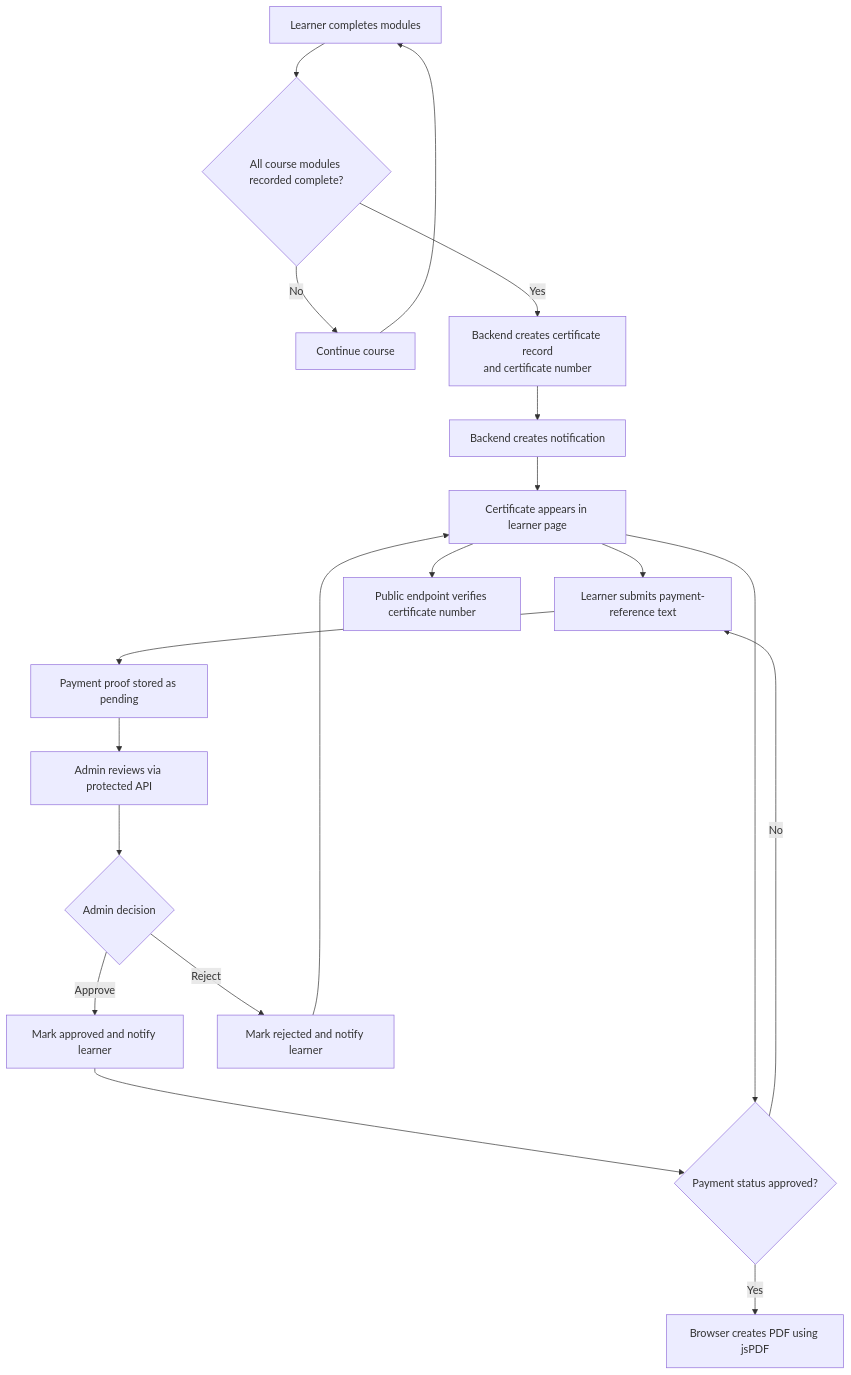
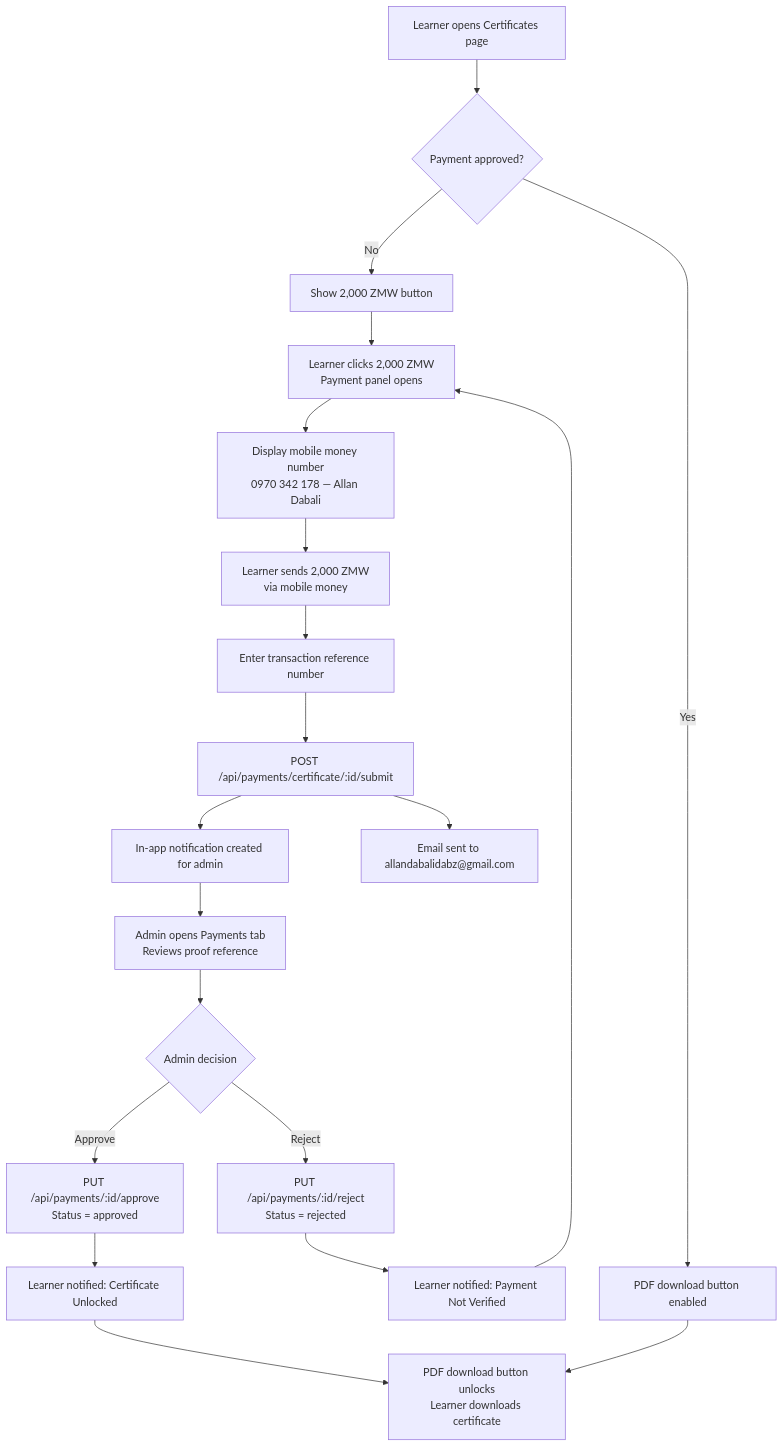
One commit to allandabalidabz-arch/Youth-skills-platform changed the seventh of 8 diagrams in docs/YouthSkills-Program-Diagrams.md. Above: the diagram before and after it, drawn with Mermaid. The commit also changed other lines of this file and 3 other files, not shown here.

````diff
--- a/docs/YouthSkills-Program-Diagrams.md
+++ b/docs/YouthSkills-Program-Diagrams.md
@@ -286,29 +307,31 @@
 ```mermaid
 flowchart TD
-    Progress["Learner completes modules"]
-    All{"All course modules recorded complete?"}
-    No["Continue course"]
-    Issue["Backend creates certificate record<br/>and certificate number"]
-    Notify["Backend creates notification"]
-    Page["Certificate appears in learner page"]
-    Proof["Learner submits payment-reference text"]
-    Pending["Payment proof stored as pending"]
-    Admin["Admin reviews via protected API"]
+    CertPage["Learner opens Certificates page"]
+    NotPaid{"Payment approved?"}
+    ShowLock["Show 2,000 ZMW button"]
+    ShowPDF["PDF download button enabled"]
+    OpenForm["Learner clicks 2,000 ZMW\nPayment panel opens"]
+    ShowNumber["Display mobile money number\n0970 342 178 — Allan Dabali"]
+    Send["Learner sends 2,000 ZMW\nvia mobile money"]
+    EnterRef["Enter transaction reference number"]
+    Submit["POST /api/payments/certificate/:id/submit"]
+    InAppNotif["In-app notification created for admin"]
+    EmailNotif["Email sent to allandabalidabz@gmail.com"]
+    AdminReview["Admin opens Payments tab\nReviews proof reference"]
     Decision{"Admin decision"}
-    Approve["Mark approved and notify learner"]
-    Reject["Mark rejected and notify learner"]
-    Download{"Payment status approved?"}
-    PDF["Browser creates PDF using jsPDF"]
-    Verify["Public endpoint verifies certificate number"]
+    Approve["PUT /api/payments/:id/approve\nStatus = approved"]
+    Reject["PUT /api/payments/:id/reject\nStatus = rejected"]
+    NotifyApprove["Learner notified: Certificate Unlocked"]
+    NotifyReject["Learner notified: Payment Not Verified"]
+    Download["PDF download button unlocks\nLearner downloads certificate"]
 
-    Progress --> All
-    All -- No --> No --> Progress
-    All -- Yes --> Issue --> Notify --> Page
-    Page --> Proof --> Pending --> Admin --> Decision
-    Decision -- Approve --> Approve --> Download
-    Decision -- Reject --> Reject --> Page
-    Page --> Download
-    Download -- Yes --> PDF
-    Download -- No --> Proof
-    Page --> Verify
+    CertPage --> NotPaid
+    NotPaid -- No --> ShowLock --> OpenForm --> ShowNumber --> Send --> EnterRef --> Submit
+    Submit --> InAppNotif
+    Submit --> EmailNotif
+    InAppNotif --> AdminReview
+    AdminReview --> Decision
+    Decision -- Approve --> Approve --> NotifyApprove --> Download
+    Decision -- Reject --> Reject --> NotifyReject --> OpenForm
+    NotPaid -- Yes --> ShowPDF --> Download
 ```
````
